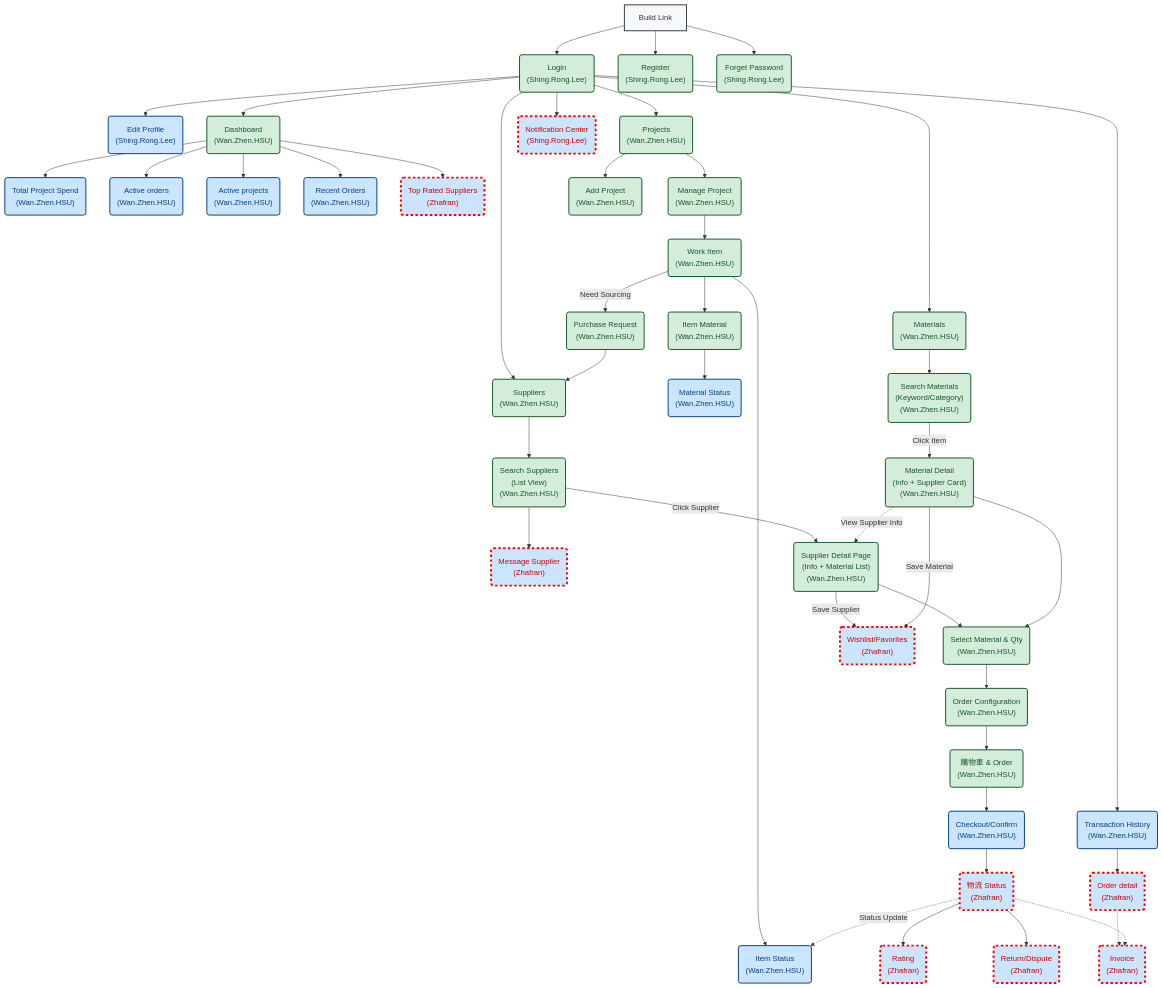
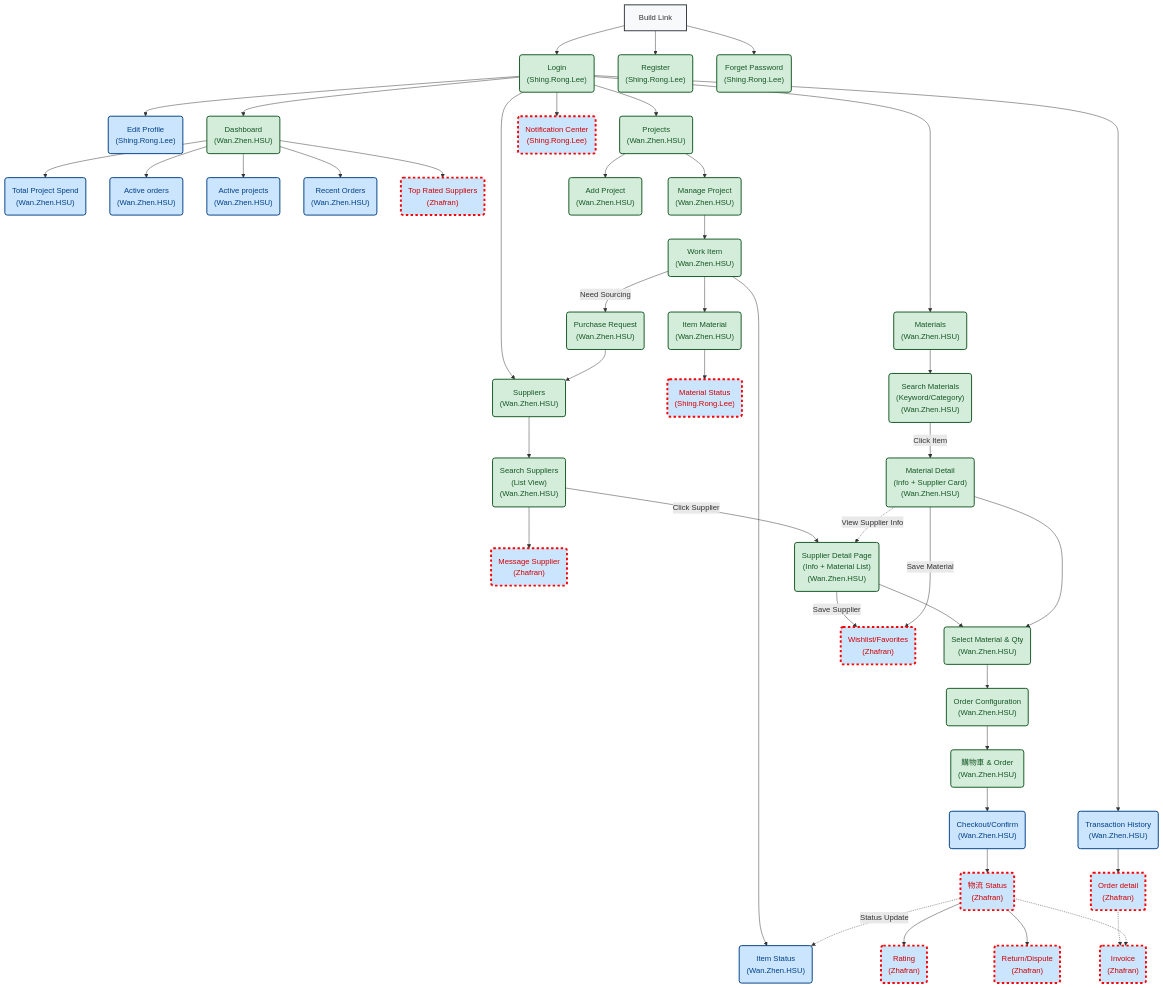
One commit to Wanzhennnnnnnnnnnn/Team4 changed the diagram in README.md. Above: the diagram before and after it, drawn with Mermaid.

Commit message:
分工未完成更新

```diff
--- a/README.md
+++ b/README.md
@@ -49,7 +49,7 @@
     %% 專案細節流程
     WorkItem --> ItemStatus("Item Status<br/>(Wan.Zhen.HSU)"):::exp
     WorkItem --> ItemMaterial("Item Material<br/>(Wan.Zhen.HSU)"):::mvp
-    ItemMaterial --> MaterialStatus("Material Status<br/>(Wan.Zhen.HSU)"):::exp
+    ItemMaterial --> MaterialStatus("Material Status<br/>(Shing.Rong.Lee)"):::exp_missing
 
     %% 專案需求 -> 找供應商
     WorkItem -- "Need Sourcing" --> PurchaseOrderReq("Purchase Request<br/>(Wan.Zhen.HSU)"):::mvp
```
